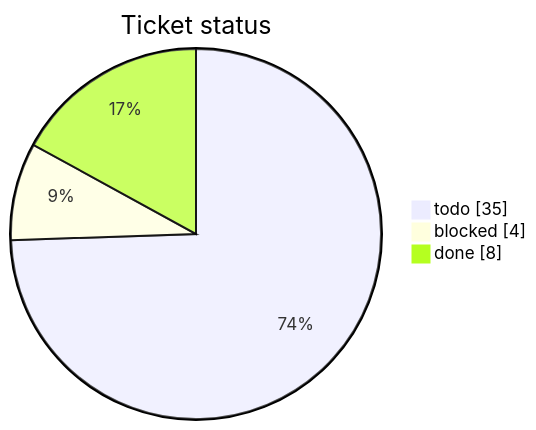
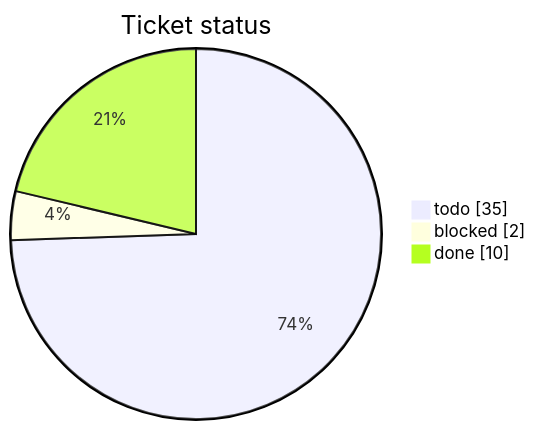
One commit to mohamed-soubhi/bootlab-esp changed the first of 3 diagrams in tickets/TICKETS.md. Above: the diagram before and after it, drawn with Mermaid. The commit also changed other lines of this file and 5 other files, not shown here.

````diff
--- a/tickets/TICKETS.md
+++ b/tickets/TICKETS.md
@@ -10,6 +10,6 @@
 ```mermaid
 pie showData title Ticket status
     "todo" : 35
-    "blocked" : 4
-    "done" : 8
+    "blocked" : 2
+    "done" : 10
 ```
````
